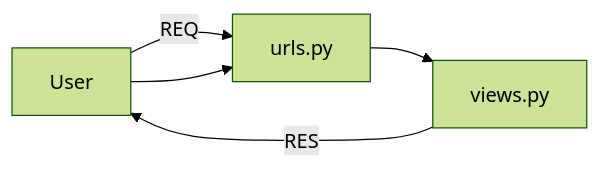
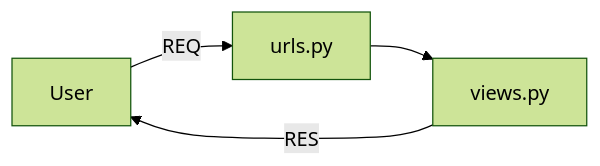
Before and after one commit to siddharthkumarrai/Django_Guide: the diagram in README.md, drawn with Mermaid (forest theme).

````diff
--- a/README.md
+++ b/README.md
@@ -35,6 +35,5 @@
 ```mermaid
 flowchart LR
     User -->|REQ| urls.py --> views.py
-    User --> urls.py
     views.py -->|RES| User
 ```
````
